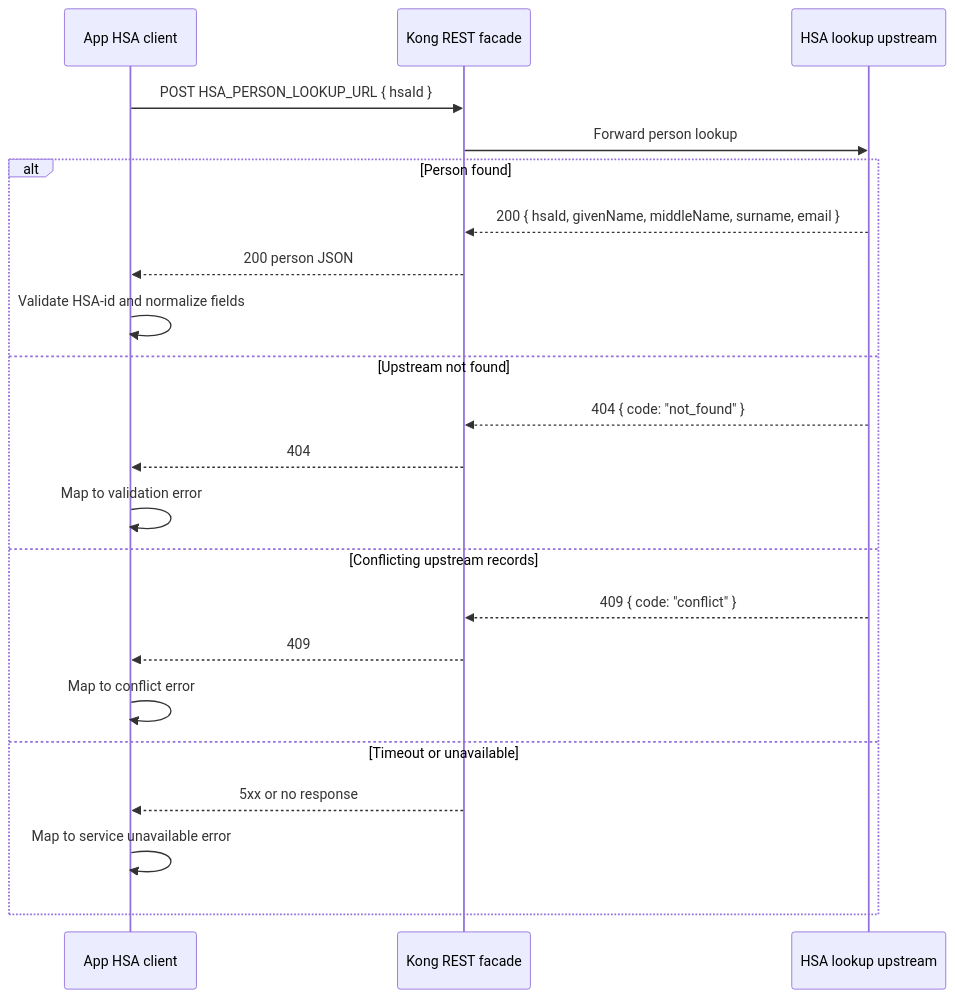
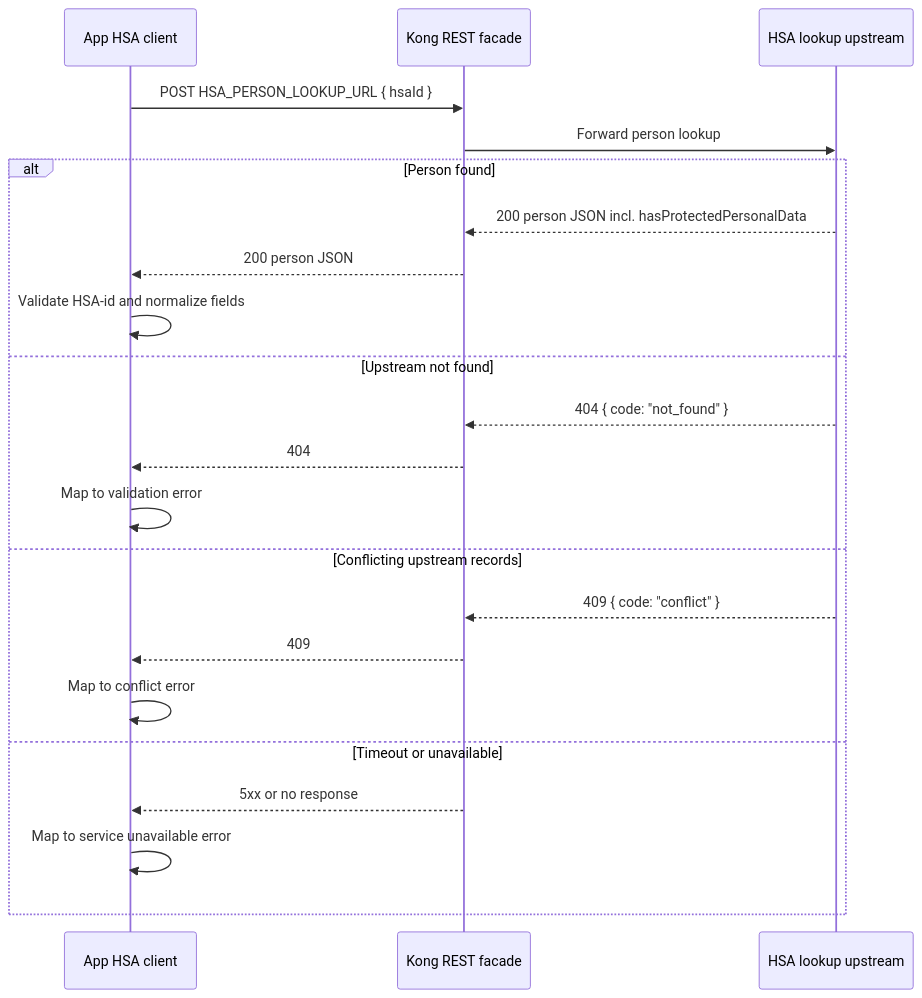
One commit to viscalyx/Kravhantering changed the first of 2 diagrams in docs/hsa-person-lookup-integration.md. Above: the diagram before and after it, drawn with Mermaid. The commit also changed other lines of this file and 67 other files, not shown here.

First line of the commit message:
feat: add HSA person lookup adapter with REST facade and SOAP integration

````diff
--- a/docs/hsa-person-lookup-integration.md
+++ b/docs/hsa-person-lookup-integration.md
@@ -78,26 +93,26 @@
 ```mermaid
 sequenceDiagram
     participant App as App HSA client
     participant Kong as Kong REST facade
     participant Upstream as HSA lookup upstream
 
     App->>Kong: POST HSA_PERSON_LOOKUP_URL { hsaId }
     Kong->>Upstream: Forward person lookup
 
     alt Person found
-        Upstream-->>Kong: 200 { hsaId, givenName, middleName, surname, email }
+        Upstream-->>Kong: 200 person JSON incl. hasProtectedPersonalData
         Kong-->>App: 200 person JSON
         App->>App: Validate HSA-id and normalize fields
     else Upstream not found
         Upstream-->>Kong: 404 { code: "not_found" }
         Kong-->>App: 404
         App->>App: Map to validation error
     else Conflicting upstream records
         Upstream-->>Kong: 409 { code: "conflict" }
         Kong-->>App: 409
         App->>App: Map to conflict error
     else Timeout or unavailable
         Kong-->>App: 5xx or no response
         App->>App: Map to service unavailable error
     end
 ```
````
